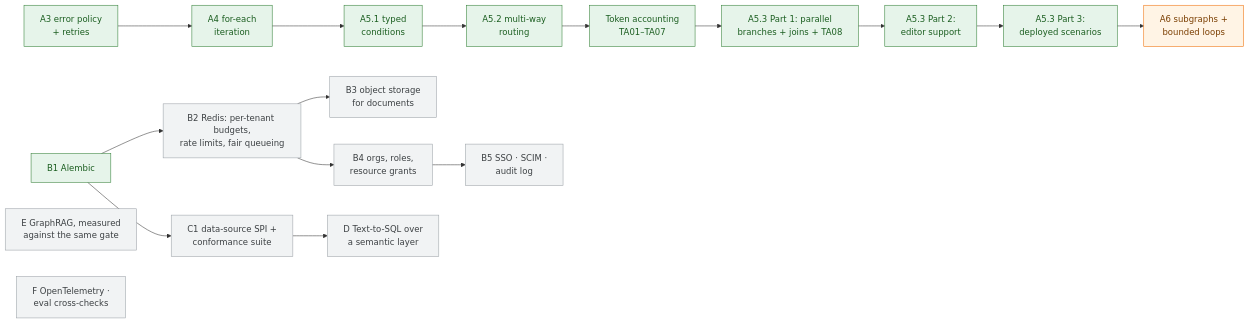
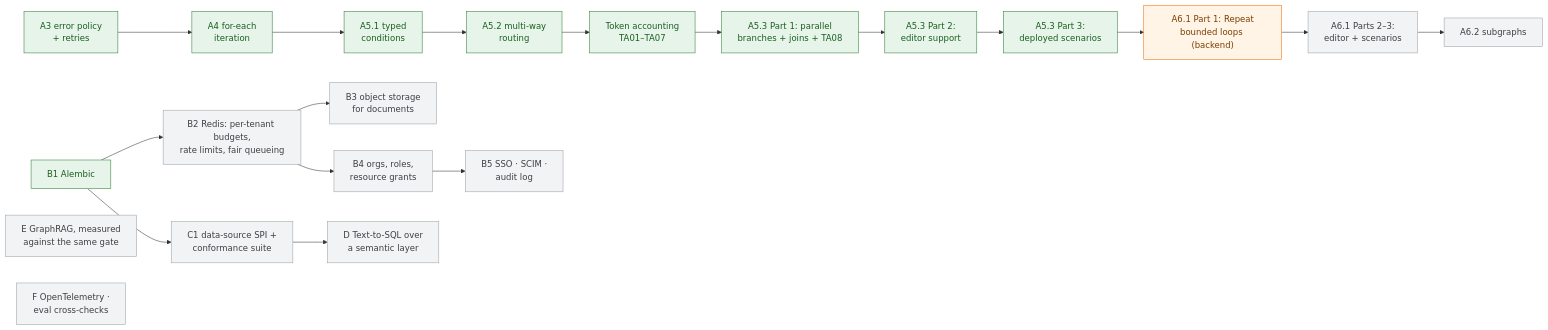
Before and after one commit to SoumithReddy6/Enterprise-No-Code-Agentic-AI-Workflow-Platform: the seventh of 7 diagrams in README.md, drawn with Mermaid. The commit also changed other lines of this file and 30 other files, not shown here.

First line of the commit message:
Add the Repeat node: a bounded loop with a typed stop rule (A6.1 Part 1)

````diff
--- a/README.md
+++ b/README.md
@@ -441,15 +441,15 @@
 ```mermaid
 flowchart LR
     classDef done fill:#e6f4ea,stroke:#2e7d32,color:#1b5e20
     classDef next fill:#fff4e5,stroke:#ef6c00,color:#7a3e00
     classDef later fill:#f1f3f4,stroke:#9aa0a6,color:#3c4043
 
     A3["A3 error policy<br/>+ retries"]:::done --> A4["A4 for-each<br/>iteration"]:::done --> A51["A5.1 typed<br/>conditions"]:::done
-    A51 --> A52["A5.2 multi-way<br/>routing"]:::done --> TA["Token accounting<br/>TA01–TA07"]:::done --> A53["A5.3 Part 1: parallel<br/>branches + joins + TA08"]:::done --> A53E["A5.3 Part 2:<br/>editor support"]:::done --> A53S["A5.3 Part 3:<br/>deployed scenarios"]:::done --> A6["A6 subgraphs +<br/>bounded loops"]:::next
+    A51 --> A52["A5.2 multi-way<br/>routing"]:::done --> TA["Token accounting<br/>TA01–TA07"]:::done --> A53["A5.3 Part 1: parallel<br/>branches + joins + TA08"]:::done --> A53E["A5.3 Part 2:<br/>editor support"]:::done --> A53S["A5.3 Part 3:<br/>deployed scenarios"]:::done --> A61["A6.1 Part 1: Repeat<br/>bounded loops (backend)"]:::next --> A61E["A6.1 Parts 2–3:<br/>editor + scenarios"]:::later --> A62["A6.2 subgraphs"]:::later
     B1["B1 Alembic"]:::done --> B2["B2 Redis: per-tenant budgets,<br/>rate limits, fair queueing"]:::later
     B2 --> B3["B3 object storage<br/>for documents"]:::later
     B2 --> B4["B4 orgs, roles,<br/>resource grants"]:::later --> B5["B5 SSO · SCIM ·<br/>audit log"]:::later
     B1 --> C1["C1 data-source SPI +<br/>conformance suite"]:::later --> D["D Text-to-SQL over<br/>a semantic layer"]:::later
     E["E GraphRAG, measured<br/>against the same gate"]:::later
     F["F OpenTelemetry ·<br/>eval cross-checks"]:::later
 ```
````
